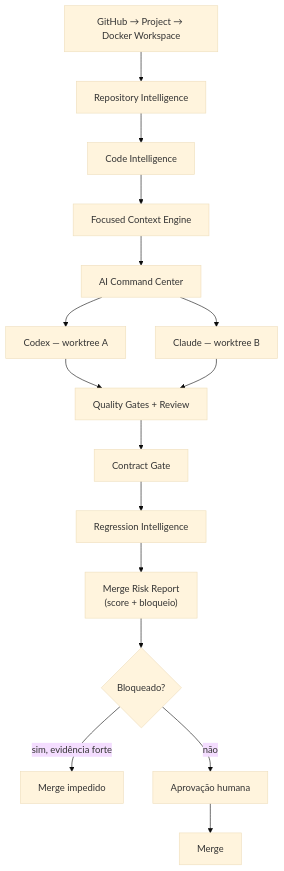
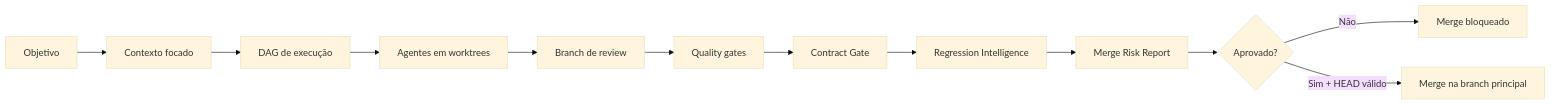
The second of 3 diagrams in README.md (RobersonCodes/Oliveira-DevClaud), drawn with Mermaid (base theme) before and after one commit. The commit also changed other lines of this file, not shown here.

````diff
--- a/README.md
+++ b/README.md
@@ -136,18 +95,14 @@
 ```mermaid
-flowchart TD
-  A["GitHub → Project → Docker Workspace"] --> B["Repository Intelligence"]
-  B --> C["Code Intelligence"]
-  C --> D["Focused Context Engine"]
-  D --> E["AI Command Center"]
-  E --> F["Codex — worktree A"]
-  E --> G["Claude — worktree B"]
-  F --> H["Quality Gates + Review"]
-  G --> H
-  H --> I["Contract Gate"]
-  I --> J["Regression Intelligence"]
-  J --> K["Merge Risk Report\n(score + bloqueio)"]
-  K --> L{"Bloqueado?"}
-  L -->|"sim, evidência forte"| M["Merge impedido"]
-  L -->|"não"| N["Aprovação humana"]
-  N --> O["Merge"]
+flowchart LR
+  objective["Objetivo"] --> context["Contexto focado"]
+  context --> plan["DAG de execução"]
+  plan --> agents["Agentes em worktrees"]
+  agents --> review["Branch de review"]
+  review --> quality["Quality gates"]
+  quality --> contract["Contract Gate"]
+  contract --> regression["Regression Intelligence"]
+  regression --> report["Merge Risk Report"]
+  report --> decision{"Aprovado?"}
+  decision -->|"Não"| blocked["Merge bloqueado"]
+  decision -->|"Sim + HEAD válido"| merge["Merge na branch principal"]
 ```
````
